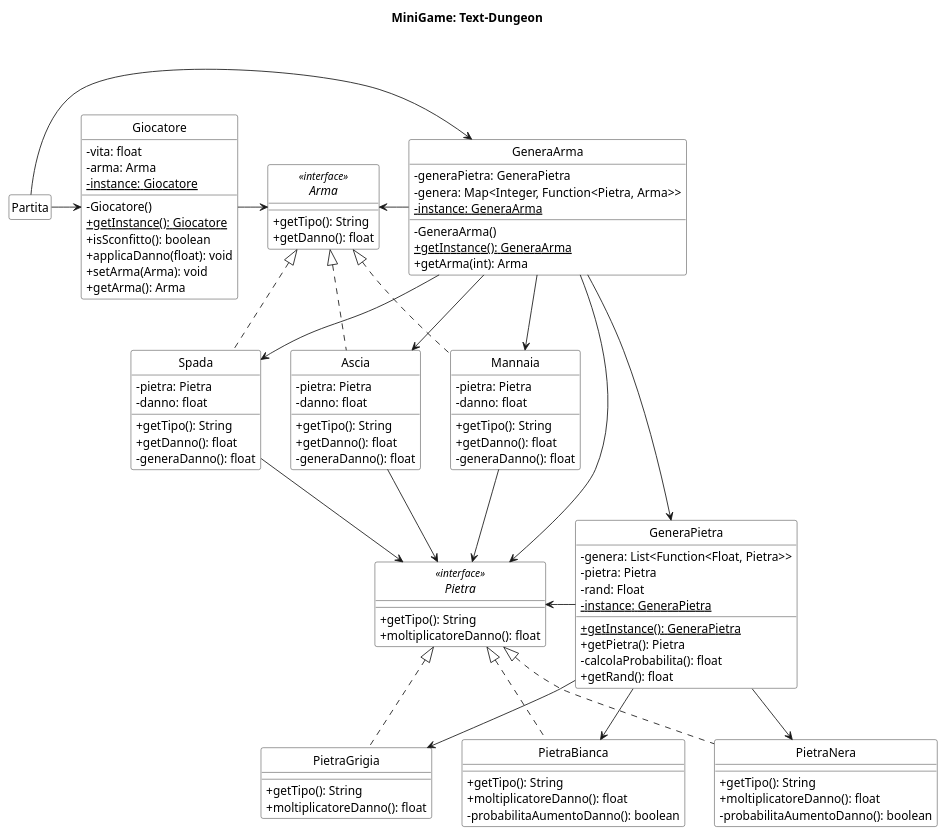
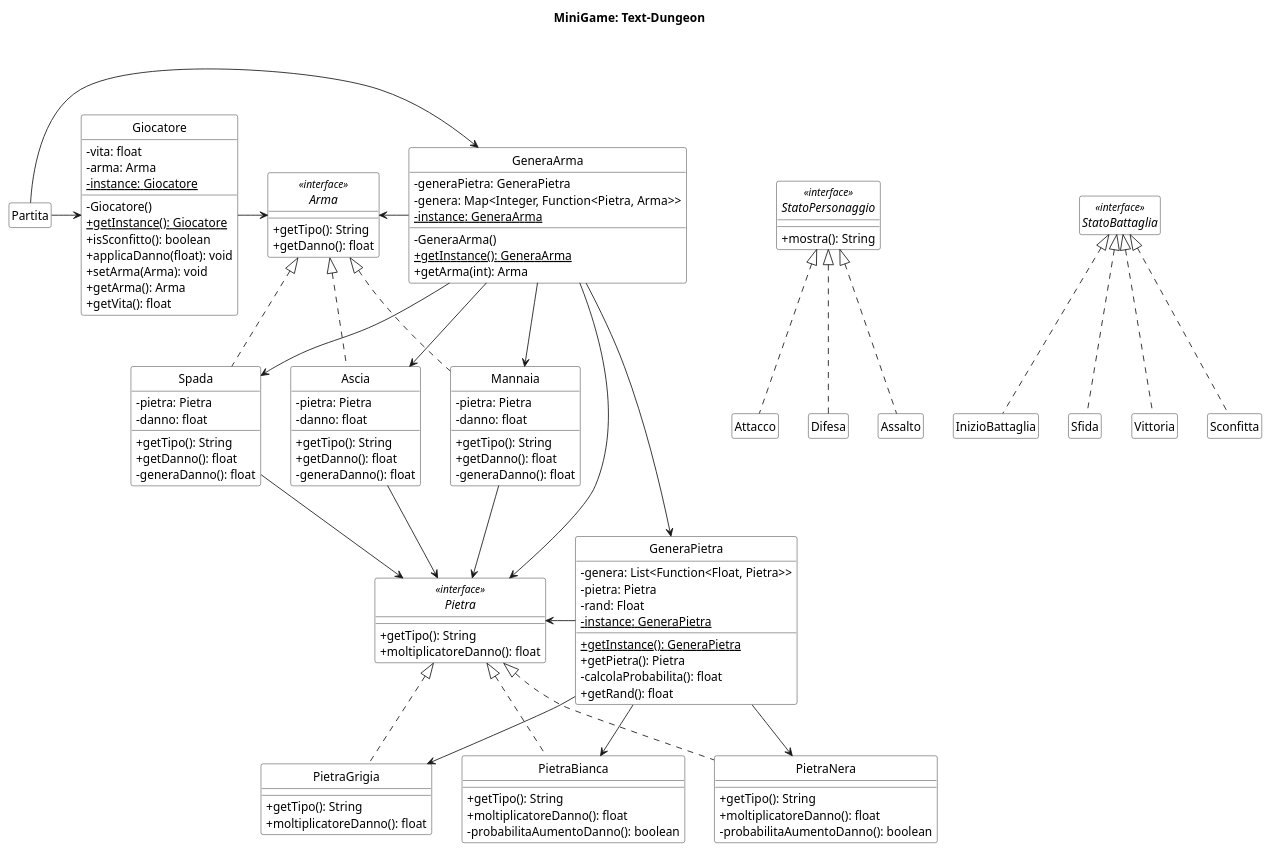
The diagram in uml/class_diagram.puml (Gigi-G/text-dungeon), drawn with PlantUML before and after one commit. The commit also changed 26 other files, not shown here.

```diff
--- a/uml/class_diagram.puml
+++ b/uml/class_diagram.puml
@@ -3,133 +3,152 @@
 @startuml
 ' START STYLE
 skinparam {
     monochrome true
     classBackgroundColor white
     noteBackgroundColor white
     classAttributeIconSize 0
 }
 hide circle
 ' END STYLE
 
 title MiniGame: Text-Dungeon\n
 
 hide members
 
 class GeneraPietra {
     - genera: List<Function<Float, Pietra>>
     - pietra: Pietra
     - rand: Float
     - instance{static}: GeneraPietra
     + getInstance(){static}: GeneraPietra
     + getPietra(): Pietra
     - calcolaProbabilita(): float
     + getRand(): float
 }
 show GeneraPietra members
 
 class Partita
 
 class Giocatore {
     - vita: float
     - arma: Arma
     - instance{static}: Giocatore 
     - Giocatore()
     + getInstance(){static}: Giocatore
     + isSconfitto(): boolean
     + applicaDanno(float): void
     + setArma(Arma): void
     + getArma(): Arma
+    + getVita(): float
 }
 show Giocatore members
 
 interface Pietra <<interface>> {
     + getTipo(): String
     + moltiplicatoreDanno(): float
 }
 show Pietra members
 
 class PietraGrigia implements Pietra {
     + getTipo(): String
     + moltiplicatoreDanno(): float
 }
 show PietraGrigia members
 
 class PietraBianca implements Pietra {
     + getTipo(): String
     + moltiplicatoreDanno(): float
     - probabilitaAumentoDanno(): boolean
 }
 show PietraBianca members
 
 class PietraNera implements Pietra {
     + getTipo(): String
     + moltiplicatoreDanno(): float
     - probabilitaAumentoDanno(): boolean
 }
 show PietraNera members
 
 interface Arma <<interface>> {
     + getTipo(): String
     + getDanno(): float
 }
 show Arma members
 
 class GeneraArma {
     - generaPietra: GeneraPietra
     - genera: Map<Integer, Function<Pietra, Arma>>
     - instance{static}: GeneraArma
     - GeneraArma()
     + getInstance(){static}: GeneraArma
     + getArma(int): Arma
 }
 show GeneraArma members
 
 class Ascia implements Arma {
     - pietra: Pietra
     - danno: float
     + getTipo(): String
     + getDanno(): float
     - generaDanno(): float
 }
 show Ascia members
 
 class Mannaia implements Arma {
     - pietra: Pietra
     - danno: float
     + getTipo(): String
     + getDanno(): float
     - generaDanno(): float
 }
 show Mannaia members
 
 
 class Spada implements Arma {
     - pietra: Pietra
     - danno: float
     + getTipo(): String
     + getDanno(): float
     - generaDanno(): float
 }
 show Spada members
 
+interface StatoPersonaggio<<interface>> {
+    + mostra(): String
+}
+show StatoPersonaggio members
+
+class Attacco implements StatoPersonaggio
+class Difesa implements StatoPersonaggio
+class Assalto implements StatoPersonaggio
+
+interface StatoBattaglia<<interface>> {
+    + Lotta(Battaglia): StatoBattaglia 
+}
+
+class InizioBattaglia implements StatoBattaglia
+class Sfida implements StatoBattaglia
+class Vittoria implements StatoBattaglia
+class Sconfitta implements StatoBattaglia
+
 GeneraPietra -l-> Pietra
 GeneraPietra -d-> PietraGrigia
 GeneraPietra -d-> PietraBianca
 GeneraPietra -d-> PietraNera
 GeneraArma -l-> Arma
 GeneraArma -d-> Ascia
 GeneraArma -d-> Mannaia
 GeneraArma -d-> Spada
 GeneraArma -d-> GeneraPietra
 GeneraArma -d-> Pietra
 
 Ascia -d-> Pietra
 Mannaia -d-> Pietra
 Spada -d-> Pietra
 
 Giocatore -r> Arma
 Partita -r> Giocatore
 
 Partita -r> GeneraArma
 
 @enduml
```
